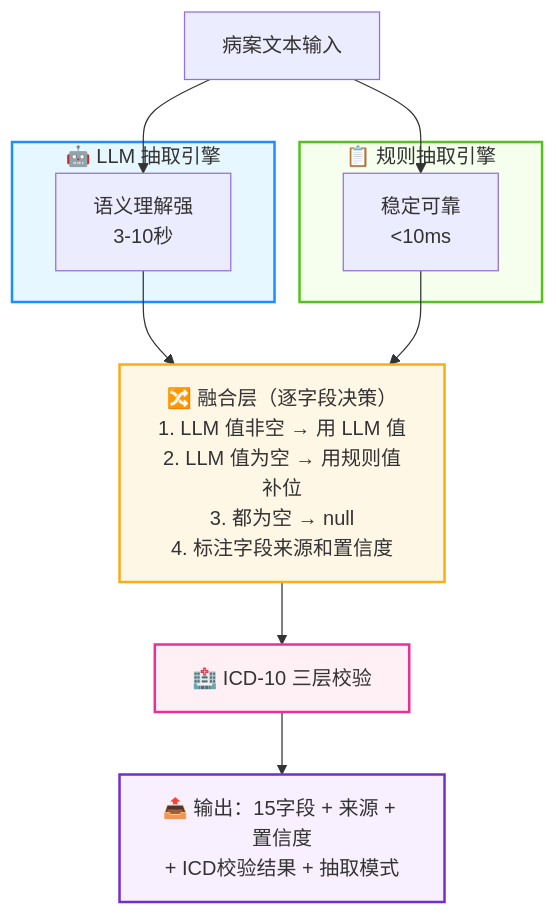
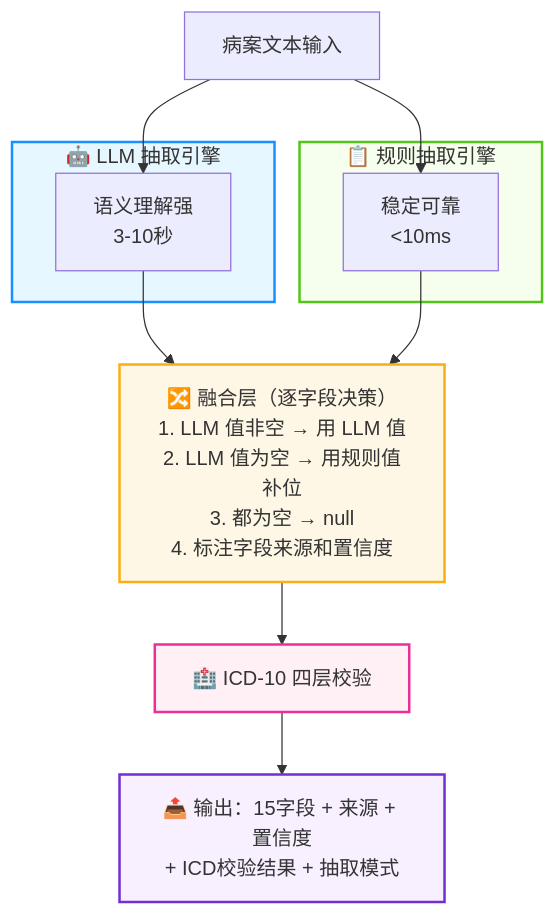
The fourth of 6 diagrams in README.md (M9T040705/M9T-MedRecordAI), drawn with Mermaid before and after one commit. The commit also changed other lines of this file, not shown here.

````diff
--- a/README.md
+++ b/README.md
@@ -174,28 +176,28 @@
 ```mermaid
 flowchart TD
     A["病案文本输入"] --> B
     A --> C
 
     subgraph LLMEngine["🤖 LLM 抽取引擎"]
         B["语义理解强<br/>3-10秒"]
     end
 
     subgraph RuleEngine["📋 规则抽取引擎"]
         C["稳定可靠<br/>&lt;10ms"]
     end
 
     B --> D
     C --> D
 
     D["🔀 融合层（逐字段决策）<br/>1. LLM 值非空 → 用 LLM 值<br/>2. LLM 值为空 → 用规则值补位<br/>3. 都为空 → null<br/>4. 标注字段来源和置信度"] --> E
 
-    E["🏥 ICD-10 三层校验"] --> F
+    E["🏥 ICD-10 四层校验"] --> F
 
     F["📤 输出：15字段 + 来源 + 置信度<br/>+ ICD校验结果 + 抽取模式"]
 
     style LLMEngine fill:#e6f7ff,stroke:#1890ff,stroke-width:2px
     style RuleEngine fill:#f6ffed,stroke:#52c41a,stroke-width:2px
     style D fill:#fff7e6,stroke:#faad14,stroke-width:2px
     style E fill:#fff0f6,stroke:#eb2f96,stroke-width:2px
     style F fill:#f9f0ff,stroke:#722ed1,stroke-width:2px
 ```
````
